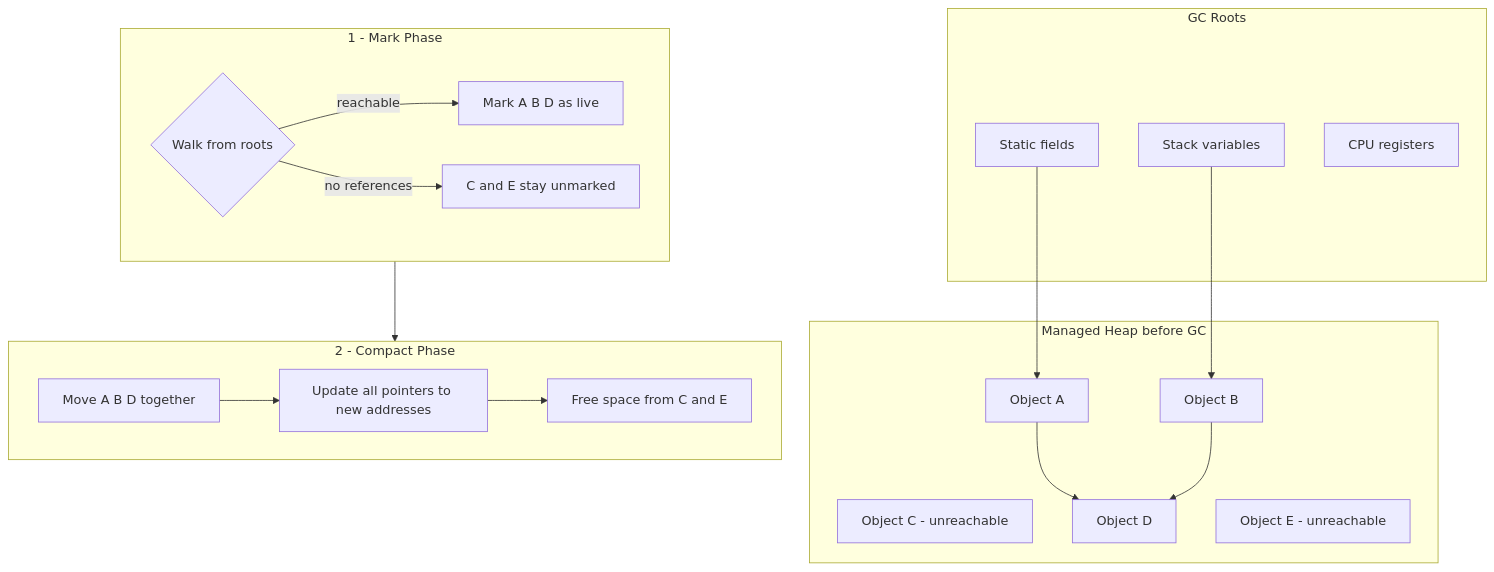
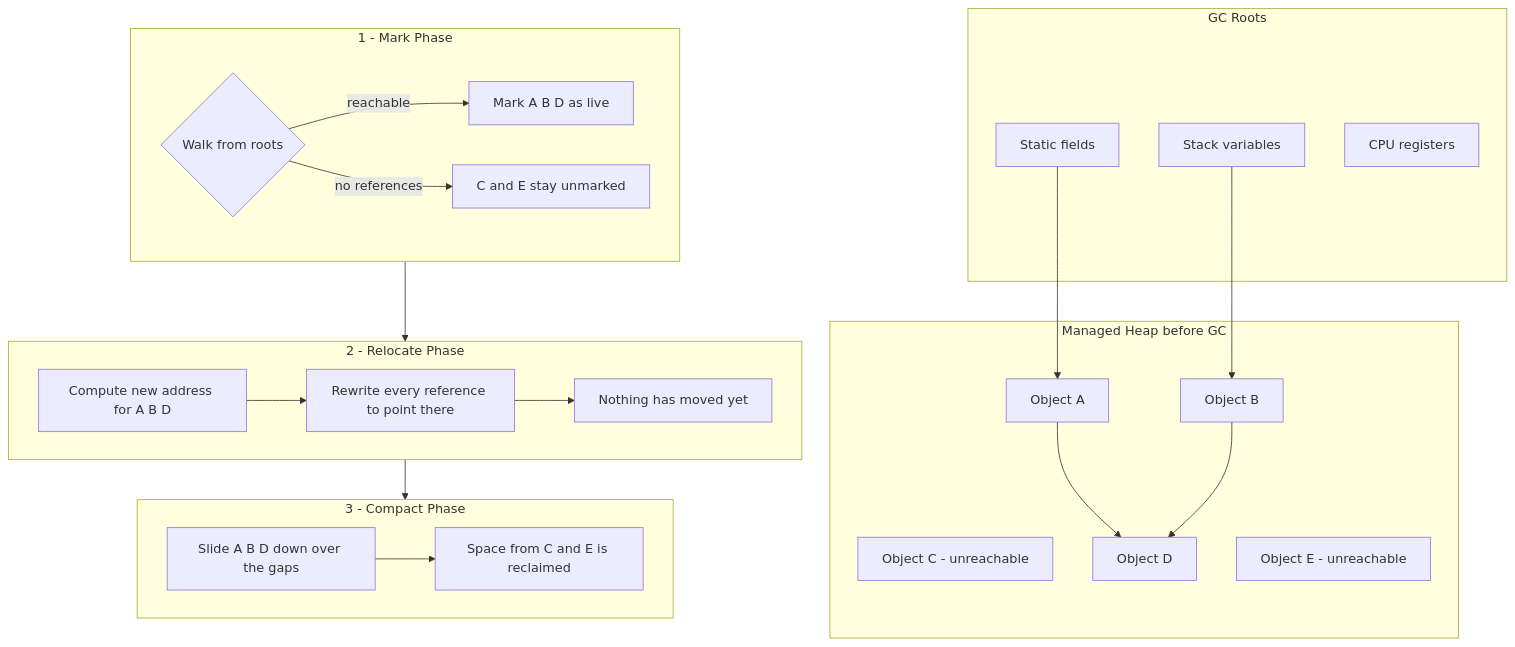
The first of 2 diagrams in Vault/Home/Programming/NET/Runtime/Garbage Collector.md (grafanaKibana/devbook.zip), drawn with Mermaid before and after one commit. The commit also changed other lines of this file and 10 other files, not shown here.

````diff
--- a/Vault/Home/Programming/NET/Runtime/Garbage Collector.md
+++ b/Vault/Home/Programming/NET/Runtime/Garbage Collector.md
@@ -66,35 +66,40 @@
 ```mermaid
 graph TD
     subgraph ROOTS[GC Roots]
         R1[Static fields]
         R2[Stack variables]
         R3[CPU registers]
     end
 
     subgraph HEAP[Managed Heap before GC]
         A[Object A]
         B[Object B]
         C[Object C - unreachable]
         D[Object D]
         E[Object E - unreachable]
     end
 
     R1 --> A
     R2 --> B
     A --> D
     B --> D
 
     subgraph MARK[1 - Mark Phase]
         M1{Walk from roots}
         M1 -->|reachable| M2[Mark A B D as live]
         M1 -->|no references| M3[C and E stay unmarked]
     end
 
-    subgraph COMPACT[2 - Compact Phase]
-        CP1[Move A B D together]
-        CP1 --> CP2[Update all pointers to new addresses]
-        CP2 --> CP3[Free space from C and E]
+    subgraph RELOCATE[2 - Relocate Phase]
+        R4[Compute new address for A B D]
+        R4 --> R5[Rewrite every reference to point there]
+        R5 --> R6[Nothing has moved yet]
     end
 
-    MARK --> COMPACT
+    subgraph COMPACT[3 - Compact Phase]
+        CP1[Slide A B D down over the gaps]
+        CP1 --> CP3[Space from C and E is reclaimed]
+    end
+
+    MARK --> RELOCATE --> COMPACT
 ```
````
